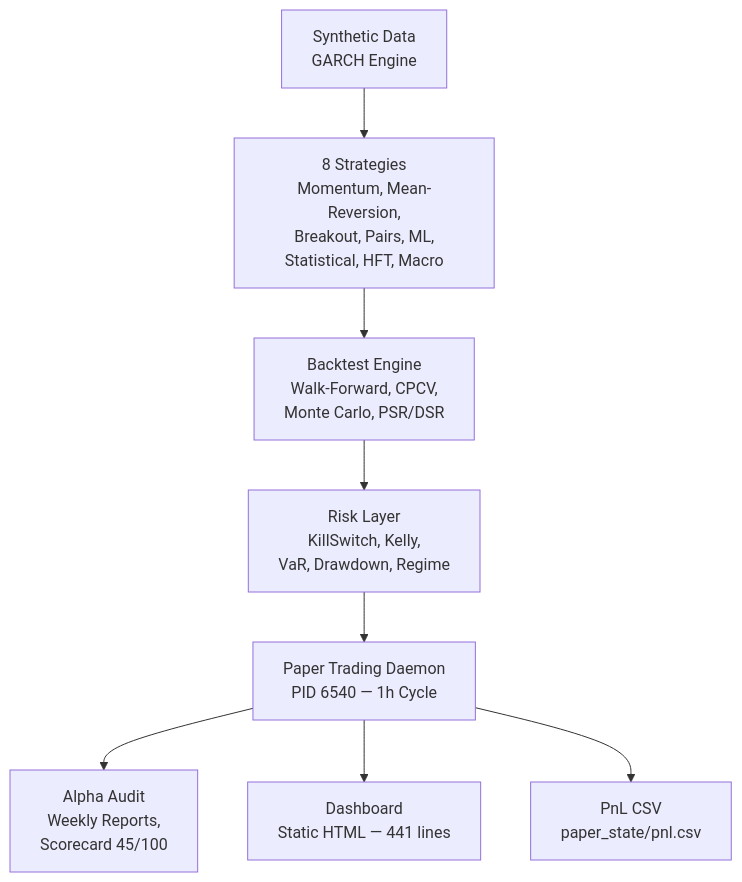
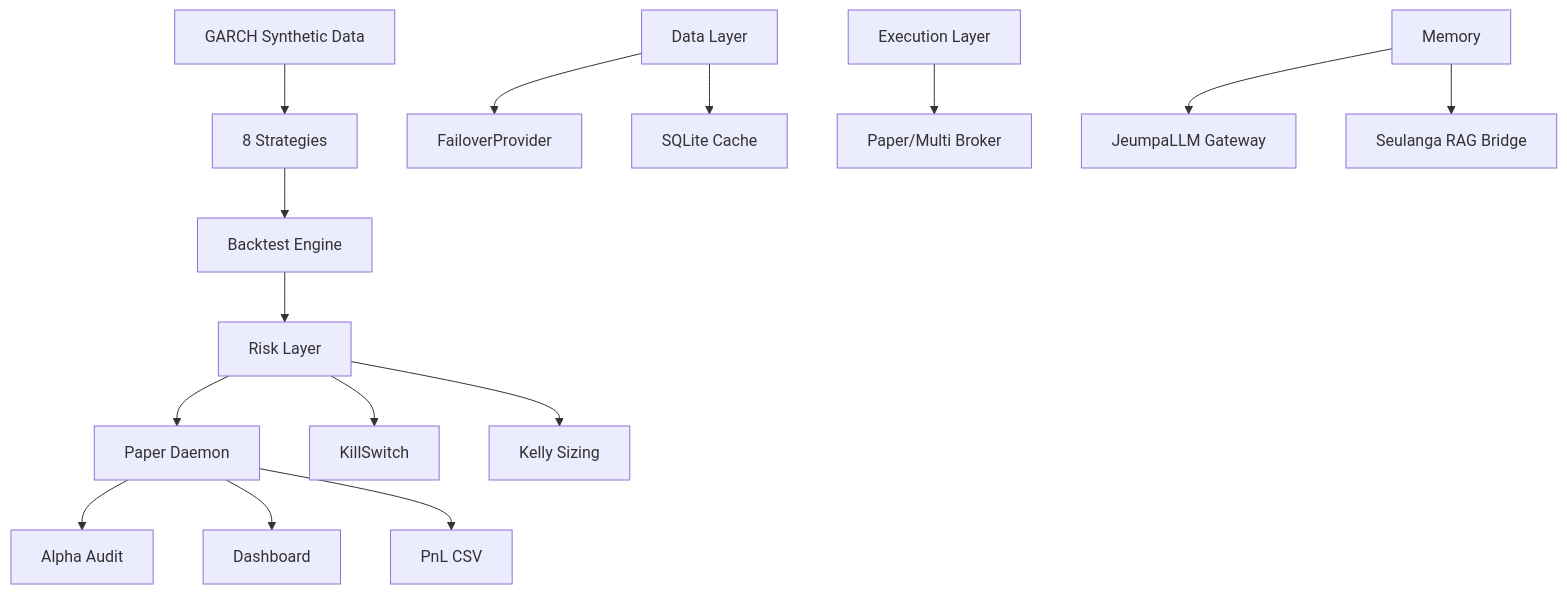
The first of 2 diagrams in README.md (mulkymalikuldhrs/Quant-Nanggroe-AI), drawn with Mermaid before and after one commit. The commit also changed other lines of this file and 354 other files, not shown here.

````diff
--- a/README.md
+++ b/README.md
@@ -7,10 +7,17 @@
 ```mermaid
 graph TD
-    A[Synthetic Data<br/>GARCH Engine] --> B[8 Strategies<br/>Momentum, Mean-Reversion,<br/>Breakout, Pairs, ML,<br/>Statistical, HFT, Macro]
-    B --> C[Backtest Engine<br/>Walk-Forward, CPCV,<br/>Monte Carlo, PSR/DSR]
-    C --> D[Risk Layer<br/>KillSwitch, Kelly,<br/>VaR, Drawdown, Regime]
-    D --> E[Paper Trading Daemon<br/>PID 6540 — 1h Cycle]
-    E --> F[Alpha Audit<br/>Weekly Reports,<br/>Scorecard 45/100]
-    E --> G[Dashboard<br/>Static HTML — 441 lines]
-    E --> H[PnL CSV<br/>paper_state/pnl.csv]
+    SYNTH[GARCH Synthetic Data] --> STRAT[8 Strategies]
+    STRAT --> BT[Backtest Engine]
+    BT --> RISK[Risk Layer]
+    RISK --> DAEMON[Paper Daemon]
+    DAEMON --> AUDIT[Alpha Audit]
+    DAEMON --> DASH[Dashboard]
+    DAEMON --> PNL[PnL CSV]
+    RISK --> KS[KillSwitch]
+    RISK --> KELLY[Kelly Sizing]
+    DATA[Data Layer] --> FAILOVER[FailoverProvider]
+    DATA --> CACHE[SQLite Cache]
+    EXEC[Execution Layer] --> BROKER[Paper/Multi Broker]
+    MEM[Memory] --> JEUM[JeumpaLLM Gateway]
+    MEM --> SEUL[Seulanga RAG Bridge]
 ```
````
